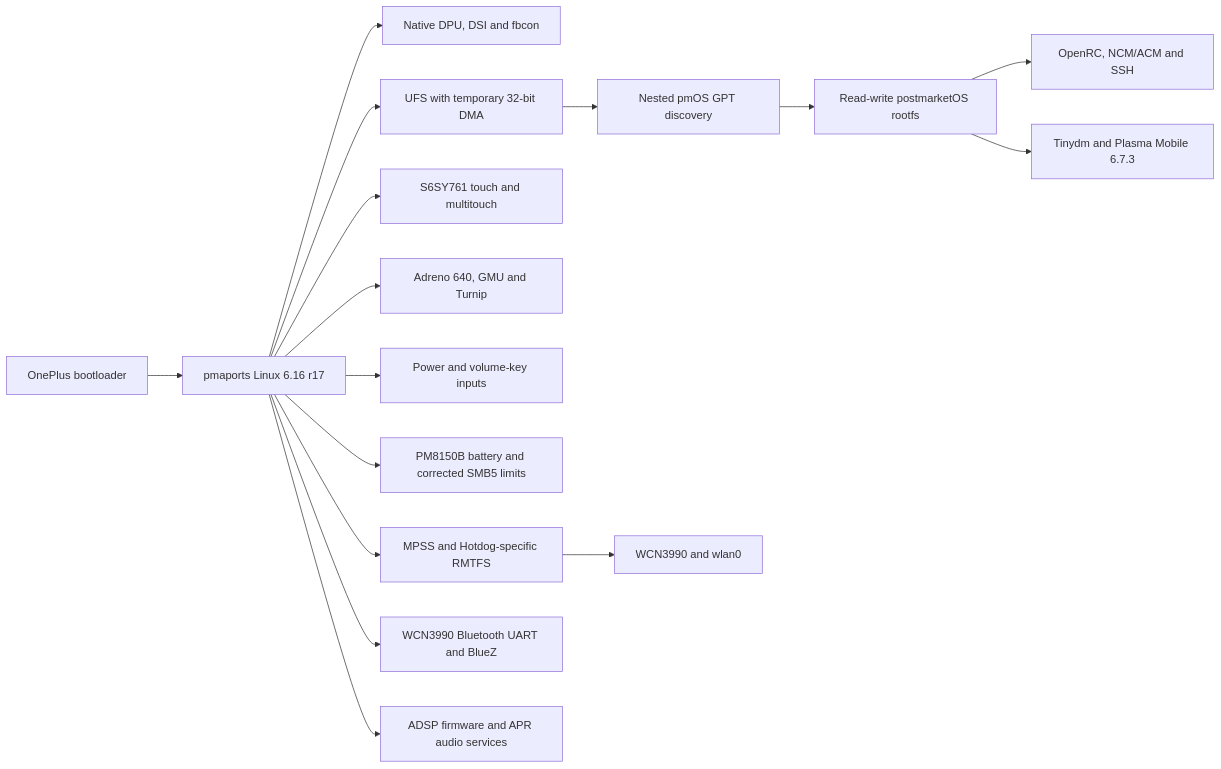
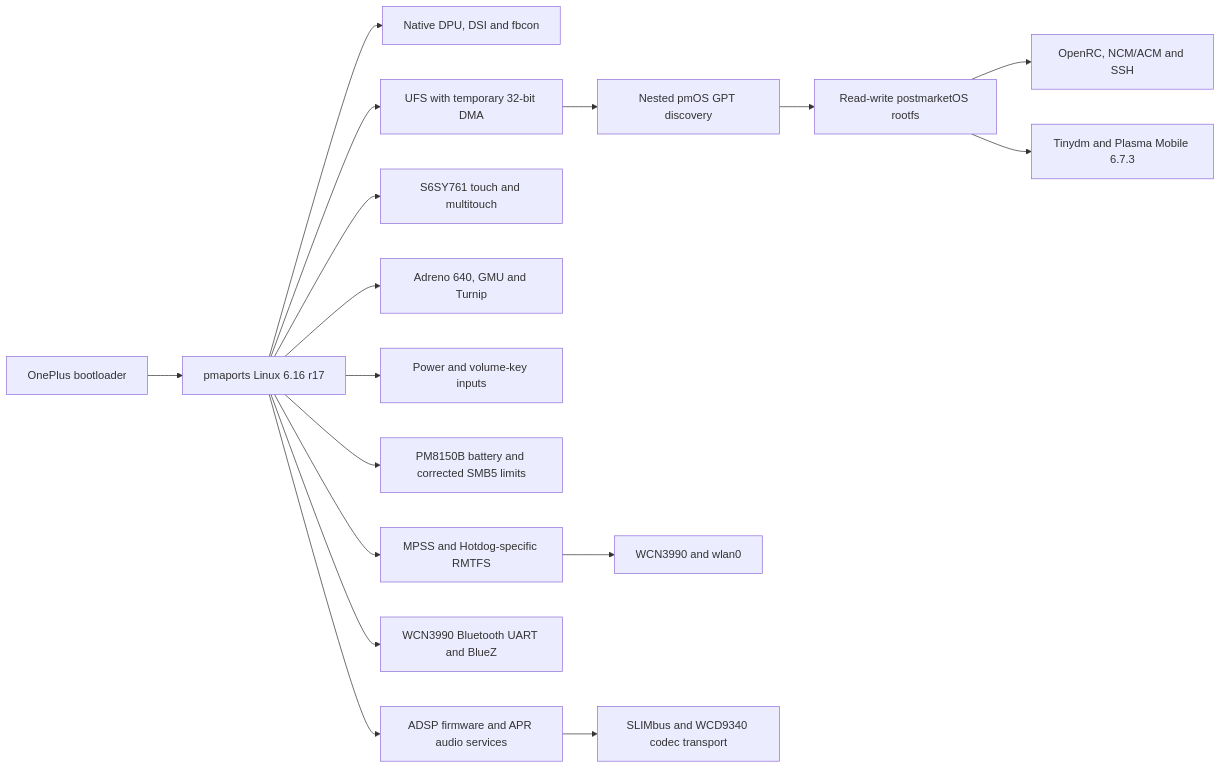
Before and after one commit to Sr-0w/hotdog-linux-bringup: the diagram in README.md, drawn with Mermaid. The commit also changed other lines of this file and 3 other files, not shown here.

Commit message:
docs: validate WCD9340 transport on hotdog

````diff
--- a/README.md
+++ b/README.md
@@ -277,18 +277,19 @@
 ```mermaid
 flowchart LR
     A["OnePlus bootloader"] --> B["pmaports Linux 6.16 r17"]
     B --> C["Native DPU, DSI and fbcon"]
     B --> D["UFS with temporary 32-bit DMA"]
     D --> E["Nested pmOS GPT discovery"]
     E --> F["Read-write postmarketOS rootfs"]
     F --> G["OpenRC, NCM/ACM and SSH"]
     F --> L["Tinydm and Plasma Mobile 6.7.3"]
     B --> H["S6SY761 touch and multitouch"]
     B --> I["Adreno 640, GMU and Turnip"]
     B --> J["Power and volume-key inputs"]
     B --> K["PM8150B battery and corrected SMB5 limits"]
     B --> M["MPSS and Hotdog-specific RMTFS"]
     M --> N["WCN3990 and wlan0"]
     B --> O["WCN3990 Bluetooth UART and BlueZ"]
     B --> P["ADSP firmware and APR audio services"]
+    P --> Q["SLIMbus and WCD9340 codec transport"]
 ```
````
